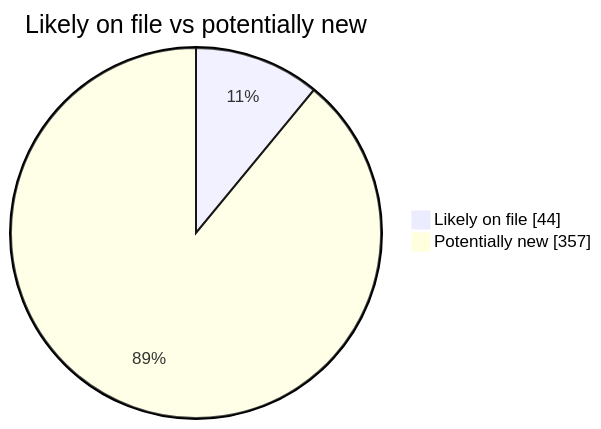
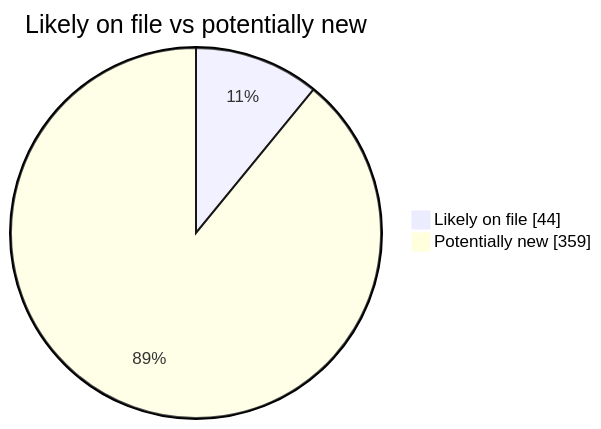
Before and after one commit to martinbalfanz/social-scanner-reports: the second of 4 diagrams in README.md, drawn with Mermaid. The commit also changed other lines of this file and 4 other files, not shown here.

````diff
--- a/README.md
+++ b/README.md
@@ -40,5 +40,5 @@
 ```mermaid
 pie showData title Likely on file vs potentially new
     "Likely on file" : 44
-    "Potentially new" : 357
+    "Potentially new" : 359
 ```
````
